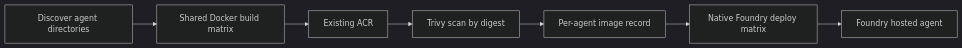
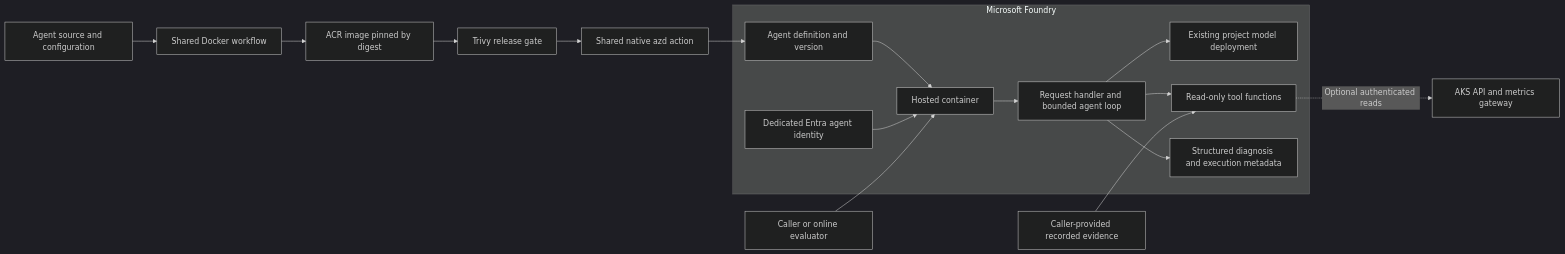
One commit to ai-platform-portfolio/agent-catalog changed the first of 2 diagrams in README.md. Above: the diagram before and after it, drawn with Mermaid (dark theme). The commit also changed other lines of this file and 14 other files, not shown here.

Commit message:
feat: show complete Foundry-hosted agent template with SRE case (AI-239)

````diff
--- a/README.md
+++ b/README.md
@@ -63,9 +15,21 @@
 ```mermaid
 flowchart LR
-    Discover[Discover agent directories] --> Build[Shared Docker build matrix]
-    Build --> ACR[Existing ACR]
-    ACR --> Scan[Trivy scan by digest]
-    Scan --> Record[Per-agent image record]
-    Record --> Deploy[Native Foundry deploy matrix]
-    Deploy --> Foundry[Foundry hosted agent]
+    Repo[Agent source and configuration] --> Build[Shared Docker workflow]
+    Build --> Image[ACR image pinned by digest]
+    Image --> Scan[Trivy release gate]
+    Scan --> Deploy[Shared native azd action]
+    Deploy --> Definition
+
+    subgraph Foundry[Microsoft Foundry]
+        Definition[Agent definition and version] --> Container[Hosted container]
+        Identity[Dedicated Entra agent identity] --> Container
+        Container --> Loop[Request handler and bounded agent loop]
+        Loop --> Model[Existing project model deployment]
+        Loop --> Tools[Read-only tool functions]
+        Loop --> Answer[Structured diagnosis and execution metadata]
+    end
+
+    Caller[Caller or online evaluator] --> Container
+    Evidence[Caller-provided recorded evidence] --> Tools
+    Tools -. Optional authenticated reads .-> AKS[AKS API and metrics gateway]
 ```
````
